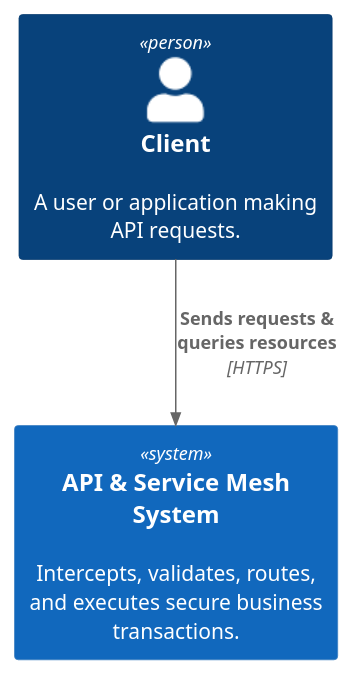
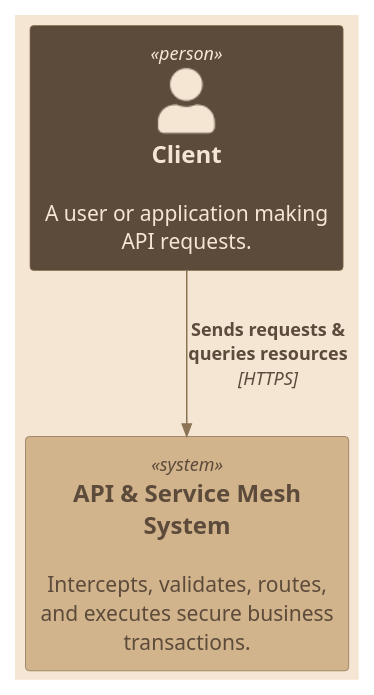
Before and after one commit to kiquetal/kiquetal.github.io: the diagram in public/blog/2026-08-08-auth-ext-middleware/c1-context.puml, drawn with PlantUML. The commit also changed 3 other files, not shown here.

Commit message:
feat: update C4 diagrams to include external backend interactions and enhance styling

```diff
--- a/public/blog/2026-08-08-auth-ext-middleware/c1-context.puml
+++ b/public/blog/2026-08-08-auth-ext-middleware/c1-context.puml
@@ -1,9 +1,16 @@
 @startuml
-!includeurl https://raw.githubusercontent.com/RicardoNiepel/C4-PlantUML/release/1-0/C4_Context.puml
+!include <C4/C4_Context>
+
+skinparam backgroundcolor #F5E6D3
+skinparam DefaultFontName "Courier New"
+
+UpdateElementStyle("person", $bgColor="#5C4A3A", $fontColor="#F5E6D3", $borderColor="#8B7355")
+UpdateElementStyle("system", $bgColor="#D2B48C", $fontColor="#5C4A3A", $borderColor="#8B7355")
+UpdateRelStyle($lineColor="#8B7355", $textColor="#5C4A3A")
 
 Person(client, "Client", "A user or application making API requests.")
 System(api_system, "API & Service Mesh System", "Intercepts, validates, routes, and executes secure business transactions.")
 
 Rel(client, api_system, "Sends requests & queries resources", "HTTPS")
 
 @enduml
```
